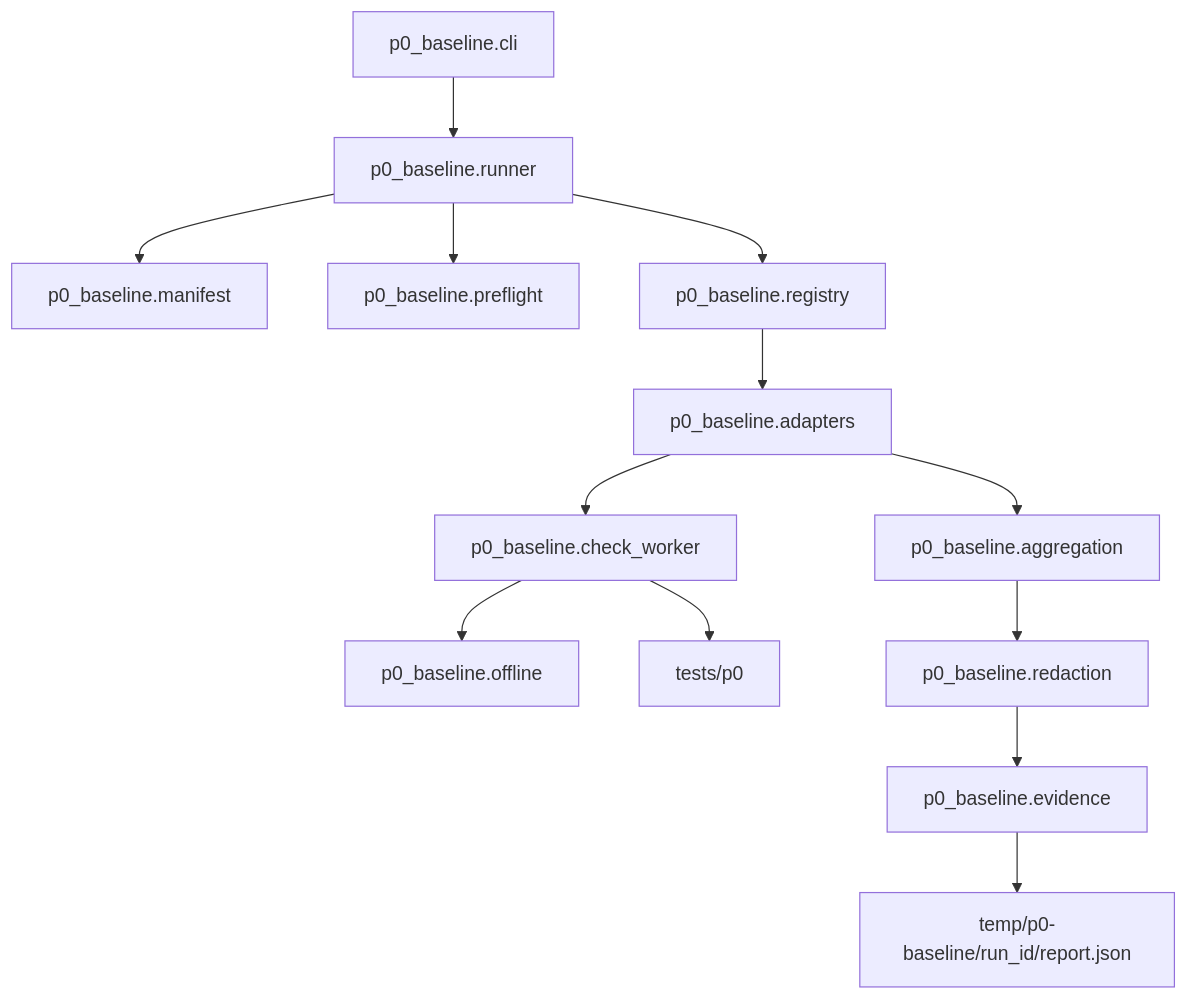
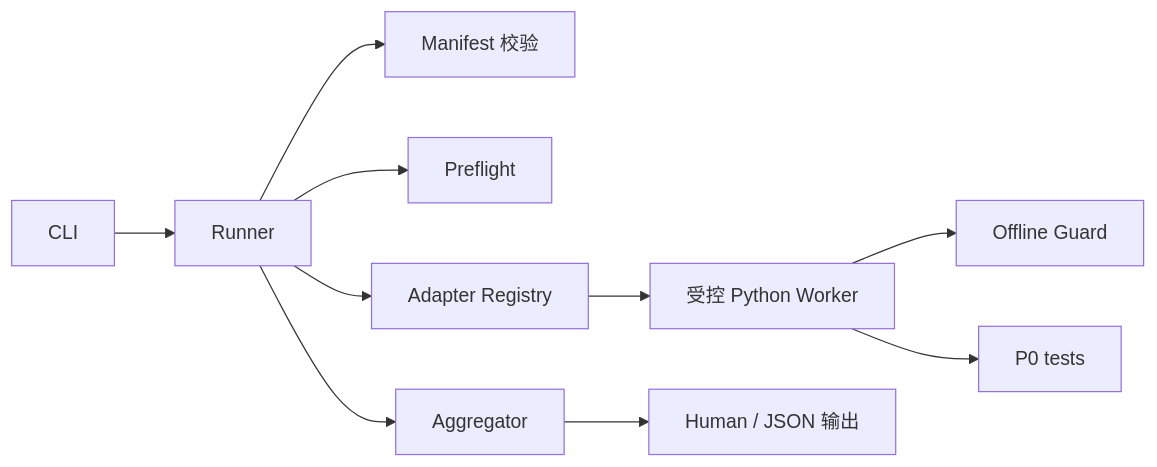
The diagram in plan/p0-verifiable-engineering-baseline-design.md (sss-y/LocalPilot), drawn with Mermaid before and after one commit. The commit also changed other lines of this file and 4 other files, not shown here.

````diff
--- a/plan/p0-verifiable-engineering-baseline-design.md
+++ b/plan/p0-verifiable-engineering-baseline-design.md
@@ -141,15 +27,12 @@
 ```mermaid
-flowchart TD
-    CLI[p0_baseline.cli] --> RUN[p0_baseline.runner]
-    RUN --> MAN[p0_baseline.manifest]
-    RUN --> PRE[p0_baseline.preflight]
-    RUN --> REG[p0_baseline.registry]
-    REG --> ADP[p0_baseline.adapters]
-    ADP --> WRK[p0_baseline.check_worker]
-    WRK --> OFF[p0_baseline.offline]
-    WRK --> TST[tests/p0]
-    ADP --> AGG[p0_baseline.aggregation]
-    AGG --> RED[p0_baseline.redaction]
-    RED --> EVD[p0_baseline.evidence]
-    EVD --> REP[temp/p0-baseline/run_id/report.json]
+flowchart LR
+    CLI["CLI"] --> RUN["Runner"]
+    RUN --> MAN["Manifest 校验"]
+    RUN --> PRE["Preflight"]
+    RUN --> REG["Adapter Registry"]
+    REG --> WRK["受控 Python Worker"]
+    WRK --> OFF["Offline Guard"]
+    WRK --> TST["P0 tests"]
+    RUN --> AGG["Aggregator"]
+    AGG --> OUT["Human / JSON 输出"]
 ```
````
